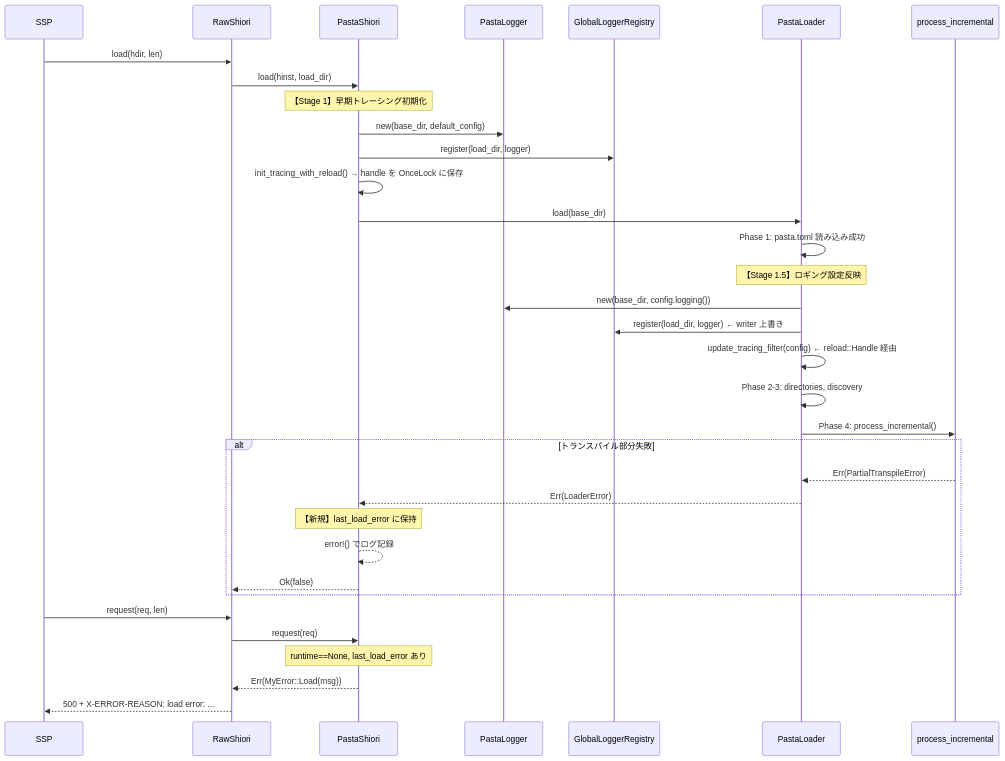
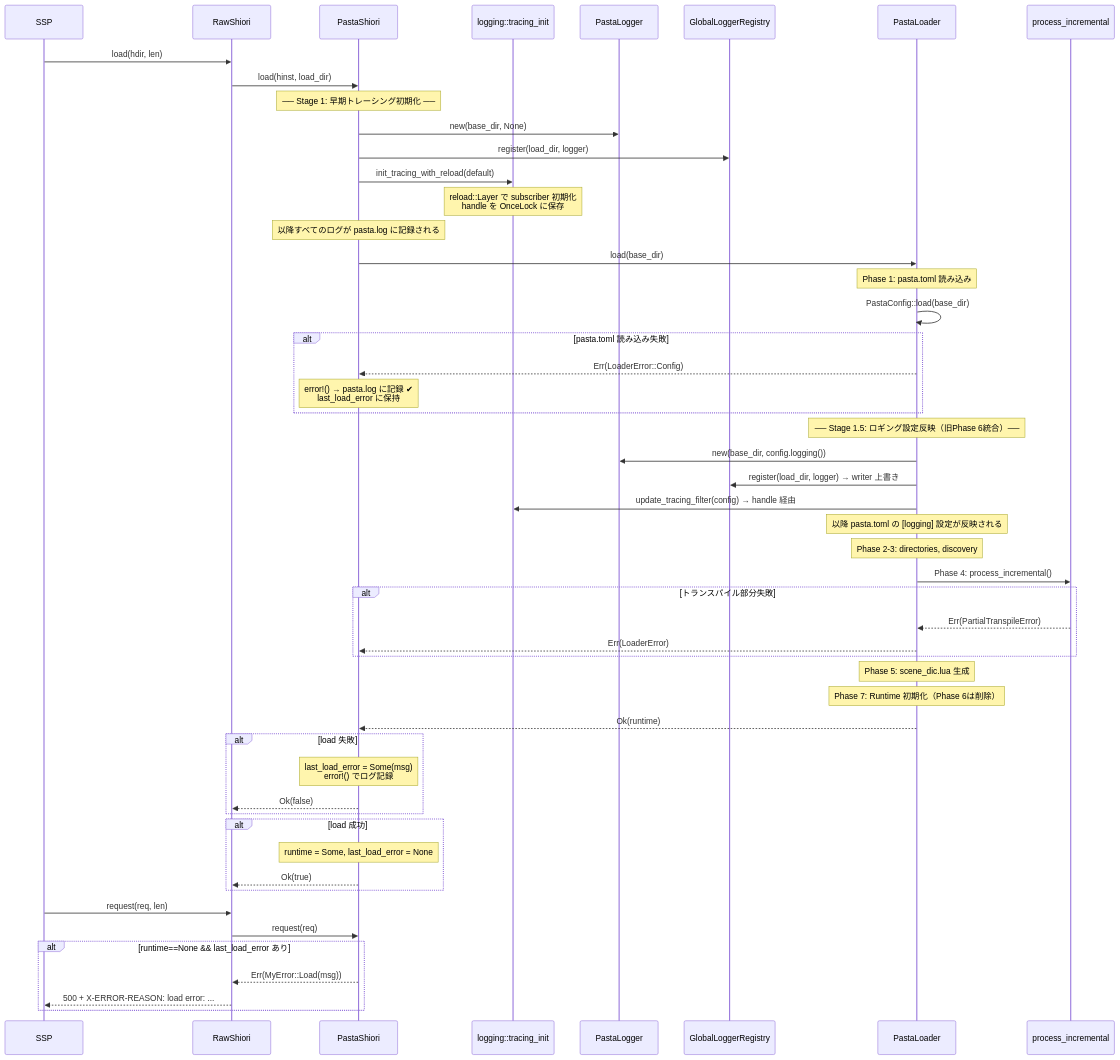
One commit to ekicyou/pasta changed the first of 4 diagrams in .kiro/specs/load-error-logging/design.md. Above: the diagram before and after it, drawn with Mermaid. The commit also changed other lines of this file and 2 other files, not shown here.

First line of the commit message:
spec(load-error-logging): design.md最終リファインメント

````diff
--- a/.kiro/specs/load-error-logging/design.md
+++ b/.kiro/specs/load-error-logging/design.md
@@ -55,43 +55,67 @@
 ```mermaid
 sequenceDiagram
     participant SSP
     participant RawShiori
     participant PastaShiori
+    participant TracingInit as logging::tracing_init
     participant PastaLogger
     participant GlobalRegistry as GlobalLoggerRegistry
     participant PastaLoader
     participant Transpiler as process_incremental
 
     SSP->>RawShiori: load(hdir, len)
     RawShiori->>PastaShiori: load(hinst, load_dir)
-    
-    Note over PastaShiori: 【Stage 1】早期トレーシング初期化
-    PastaShiori->>PastaLogger: new(base_dir, default_config)
+
+    Note over PastaShiori: ── Stage 1: 早期トレーシング初期化 ──
+    PastaShiori->>PastaLogger: new(base_dir, None)
     PastaShiori->>GlobalRegistry: register(load_dir, logger)
-    PastaShiori->>PastaShiori: init_tracing_with_reload() → handle を OnceLock に保存
-    
+    PastaShiori->>TracingInit: init_tracing_with_reload(default)
+    Note over TracingInit: reload::Layer で subscriber 初期化<br/>handle を OnceLock に保存
+    Note over PastaShiori: 以降すべてのログが pasta.log に記録される
+
     PastaShiori->>PastaLoader: load(base_dir)
-    PastaLoader->>PastaLoader: Phase 1: pasta.toml 読み込み成功
-    
-    Note over PastaLoader: 【Stage 1.5】ロギング設定反映
+
+    Note over PastaLoader: Phase 1: pasta.toml 読み込み
+    PastaLoader->>PastaLoader: PastaConfig::load(base_dir)
+
+    alt pasta.toml 読み込み失敗
+        PastaLoader-->>PastaShiori: Err(LoaderError::Config)
+        Note over PastaShiori: error!() → pasta.log に記録 ✔<br/>last_load_error に保持
+    end
+
+    Note over PastaLoader: ── Stage 1.5: ロギング設定反映（旧Phase 6統合）──
     PastaLoader->>PastaLogger: new(base_dir, config.logging())
-    PastaLoader->>GlobalRegistry: register(load_dir, logger) ← writer 上書き
-    PastaLoader->>PastaLoader: update_tracing_filter(config) ← reload::Handle 経由
-    
-    PastaLoader->>PastaLoader: Phase 2-3: directories, discovery
+    PastaLoader->>GlobalRegistry: register(load_dir, logger) → writer 上書き
+    PastaLoader->>TracingInit: update_tracing_filter(config) → handle 経由
+    Note over PastaLoader: 以降 pasta.toml の [logging] 設定が反映される
+
+    Note over PastaLoader: Phase 2-3: directories, discovery
     PastaLoader->>Transpiler: Phase 4: process_incremental()
-    
+
     alt トランスパイル部分失敗
         Transpiler-->>PastaLoader: Err(PartialTranspileError)
         PastaLoader-->>PastaShiori: Err(LoaderError)
-        Note over PastaShiori: 【新規】last_load_error に保持
-        PastaShiori-->>PastaShiori: error!() でログ記録
+    end
+
+    Note over PastaLoader: Phase 5: scene_dic.lua 生成
+    Note over PastaLoader: Phase 7: Runtime 初期化（Phase 6は削除）
+    PastaLoader-->>PastaShiori: Ok(runtime)
+
+    alt load 失敗
+        Note over PastaShiori: last_load_error = Some(msg)<br/>error!() でログ記録
         PastaShiori-->>RawShiori: Ok(false)
     end
-    
+
+    alt load 成功
+        Note over PastaShiori: runtime = Some, last_load_error = None
+        PastaShiori-->>RawShiori: Ok(true)
+    end
+
     SSP->>RawShiori: request(req, len)
     RawShiori->>PastaShiori: request(req)
-    Note over PastaShiori: runtime==None, last_load_error あり
-    PastaShiori-->>RawShiori: Err(MyError::Load(msg))
-    RawShiori-->>SSP: 500 + X-ERROR-REASON: load error: ...
+
+    alt runtime==None && last_load_error あり
+        PastaShiori-->>RawShiori: Err(MyError::Load(msg))
+        RawShiori-->>SSP: 500 + X-ERROR-REASON: load error: ...
+    end
 ```
````
